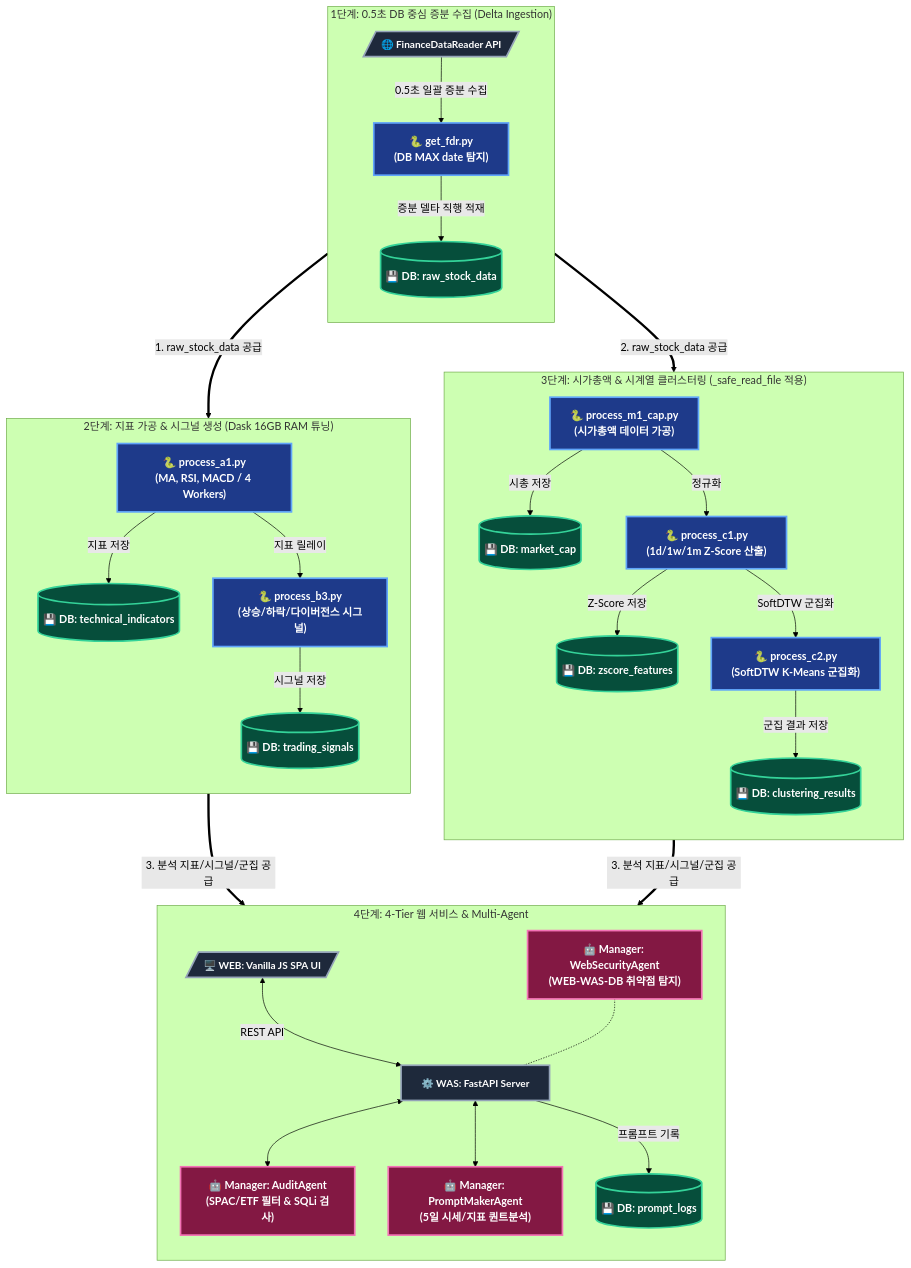
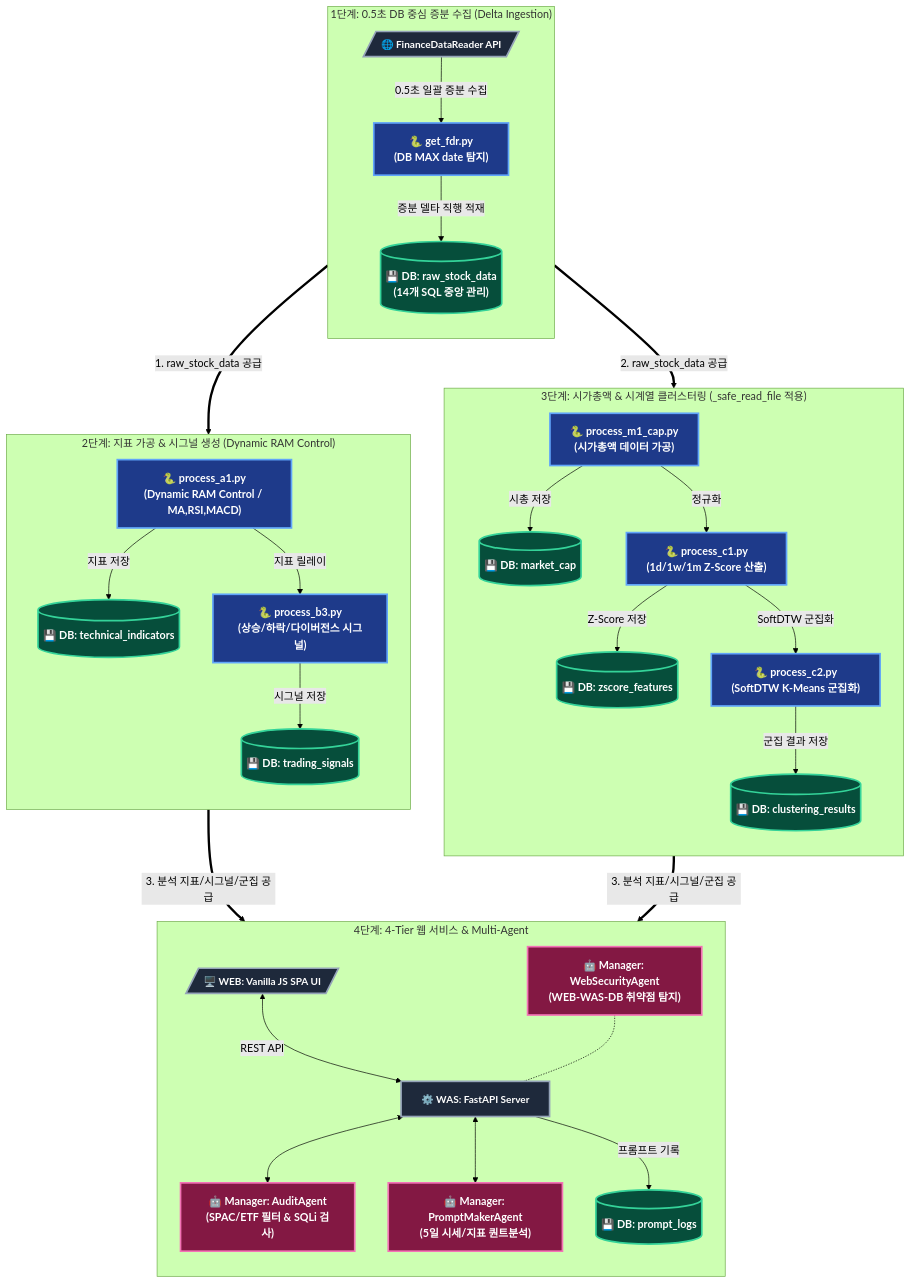
The first of 2 diagrams in README.md (hugingstar/ggeolmu), drawn with Mermaid (forest theme) before and after one commit. The commit also changed other lines of this file, not shown here.

Commit message:
docs: README.md Dask 동적 자원 감지 및 DBManager 14개 SQL 통합 로딩 최신화

````diff
--- a/README.md
+++ b/README.md
@@ -14,54 +14,54 @@
 ```mermaid
 flowchart TD
     %% 수직 순차 흐름 및 큼직한 폰트(16px, bold) 스타일 정의
     classDef pythonEngine fill:#1e3a8a,stroke:#60a5fa,stroke-width:2.5px,color:#ffffff,font-size:16px,font-weight:bold;
     classDef dbStorage fill:#064e3b,stroke:#34d399,stroke-width:2.5px,color:#ffffff,font-size:16px,font-weight:bold;
     classDef agentManager fill:#831843,stroke:#f472b6,stroke-width:2.5px,color:#ffffff,font-size:16px,font-weight:bold;
     classDef webServer fill:#1e293b,stroke:#94a3b8,stroke-width:2.5px,color:#ffffff,font-size:15px,font-weight:bold;
 
     %% 1단계: DB 중심 초고속 증분 수집 및 DB 직행 적재
     subgraph Step1 ["1단계: 0.5초 DB 중심 증분 수집 (Delta Ingestion)"]
         direction TB
         FDR[/"🌐 FinanceDataReader API"/] -->|0.5초 일괄 증분 수집| GetFDR["🐍 get_fdr.py<br>(DB MAX date 탐지)"]
-        GetFDR -->|증분 델타 직행 적재| DB_Raw[("💾 DB: raw_stock_data")]
+        GetFDR -->|증분 델타 직행 적재| DB_Raw[("💾 DB: raw_stock_data<br>(14개 SQL 중앙 관리)")]
     end
 
     %% 2단계: 기술적 지표 및 시그널 연산
-    subgraph Step2 ["2단계: 지표 가공 & 시그널 생성 (Dask 16GB RAM 튜닝)"]
+    subgraph Step2 ["2단계: 지표 가공 & 시그널 생성 (Dynamic RAM Control)"]
         direction TB
-        ProcessA1["🐍 process_a1.py<br>(MA, RSI, MACD / 4 Workers)"] -->|지표 저장| DB_Tech[("💾 DB: technical_indicators")]
+        ProcessA1["🐍 process_a1.py<br>(Dynamic RAM Control / MA,RSI,MACD)"] -->|지표 저장| DB_Tech[("💾 DB: technical_indicators")]
         ProcessA1 -->|지표 릴레이| ProcessB3["🐍 process_b3.py<br>(상승/하락/다이버전스 시그널)"]
         ProcessB3 -->|시그널 저장| DB_Signal[("💾 DB: trading_signals")]
     end
 
     %% 3단계: 시계열 클러스터링
     subgraph Step3 ["3단계: 시가총액 & 시계열 클러스터링 (_safe_read_file 적용)"]
         direction TB
         ProcessM1["🐍 process_m1_cap.py<br>(시가총액 데이터 가공)"] -->|시총 저장| DB_Cap[("💾 DB: market_cap")]
         ProcessM1 -->|정규화| ProcessC1["🐍 process_c1.py<br>(1d/1w/1m Z-Score 산출)"]
         ProcessC1 -->|Z-Score 저장| DB_ZScore[("💾 DB: zscore_features")]
         ProcessC1 -->|SoftDTW 군집화| ProcessC2["🐍 process_c2.py<br>(SoftDTW K-Means 군집화)"]
         ProcessC2 -->|군집 결과 저장| DB_Cluster[("💾 DB: clustering_results")]
     end
 
     %% 4단계: 4-Tier 웹 서비스 & 멀티 에이전트
     subgraph Step4 ["4단계: 4-Tier 웹 서비스 & Multi-Agent"]
         direction TB
         UI[/"🖥️ WEB: Vanilla JS SPA UI"/] <-->|REST API| WAS["⚙️ WAS: FastAPI Server"]
         WAS <--> Audit["🤖 Manager: AuditAgent<br>(SPAC/ETF 필터 & SQLi 검사)"]
         WAS <--> PromptAgent["🤖 Manager: PromptMakerAgent<br>(5일 시세/지표 퀀트분석)"]
         WAS -->|프롬프트 기록| DB_Logs[("💾 DB: prompt_logs")]
         SecAgent["🤖 Manager: WebSecurityAgent<br>(WEB-WAS-DB 취약점 탐지)"] -.- WAS
     end
 
     %% [위에서 아래로 이어지는 수직 메인 데이터 흐름선]
     Step1 ==>|1. raw_stock_data 공급| Step2
     Step1 ==>|2. raw_stock_data 공급| Step3
     Step2 & Step3 ==>|3. 분석 지표/시그널/군집 공급| Step4
 
     %% 노드 스타일 지정 (.py: 파란색, DB: 녹색, 에이전트: 핑크, Web/WAS: 슬레이트)
     class GetFDR,ProcessA1,ProcessB3,ProcessM1,ProcessC1,ProcessC2 pythonEngine;
     class DB_Raw,DB_Tech,DB_Signal,DB_Cap,DB_ZScore,DB_Cluster,DB_Logs dbStorage;
     class Audit,PromptAgent,SecAgent agentManager;
     class UI,WAS,FDR webServer;
 ```
````
